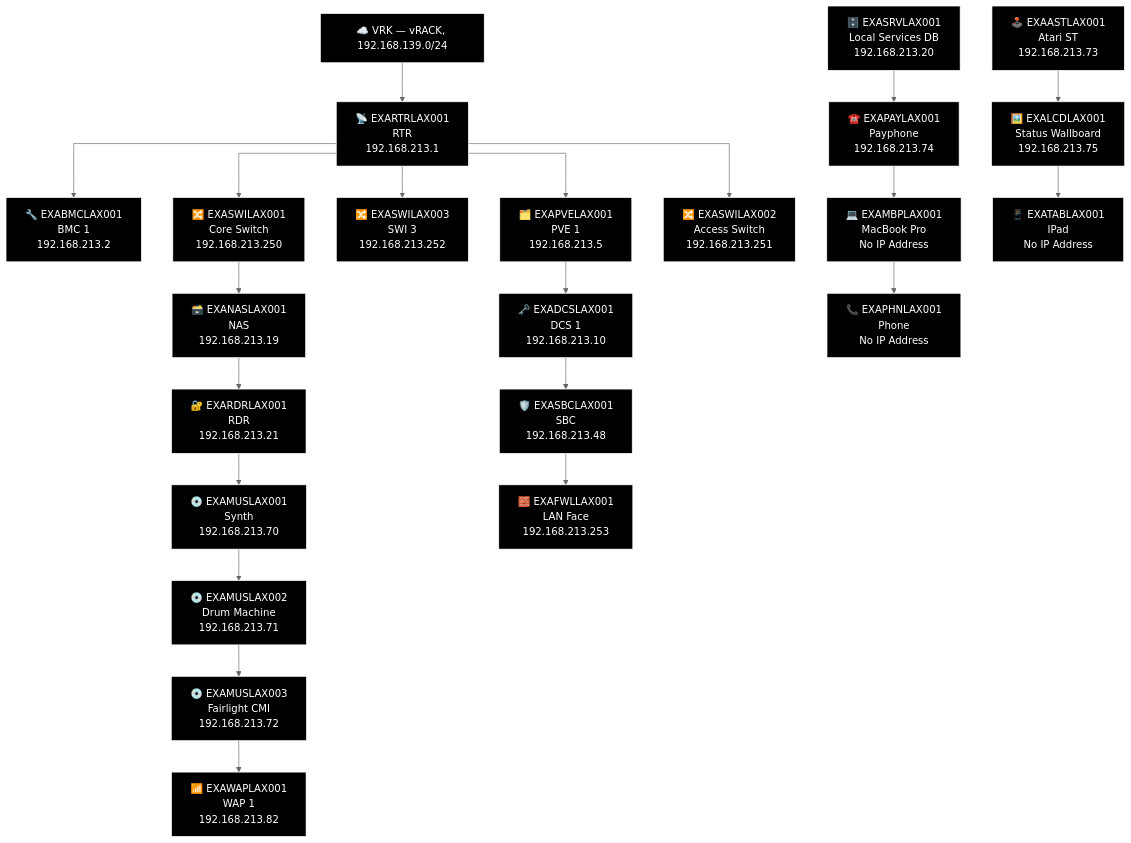
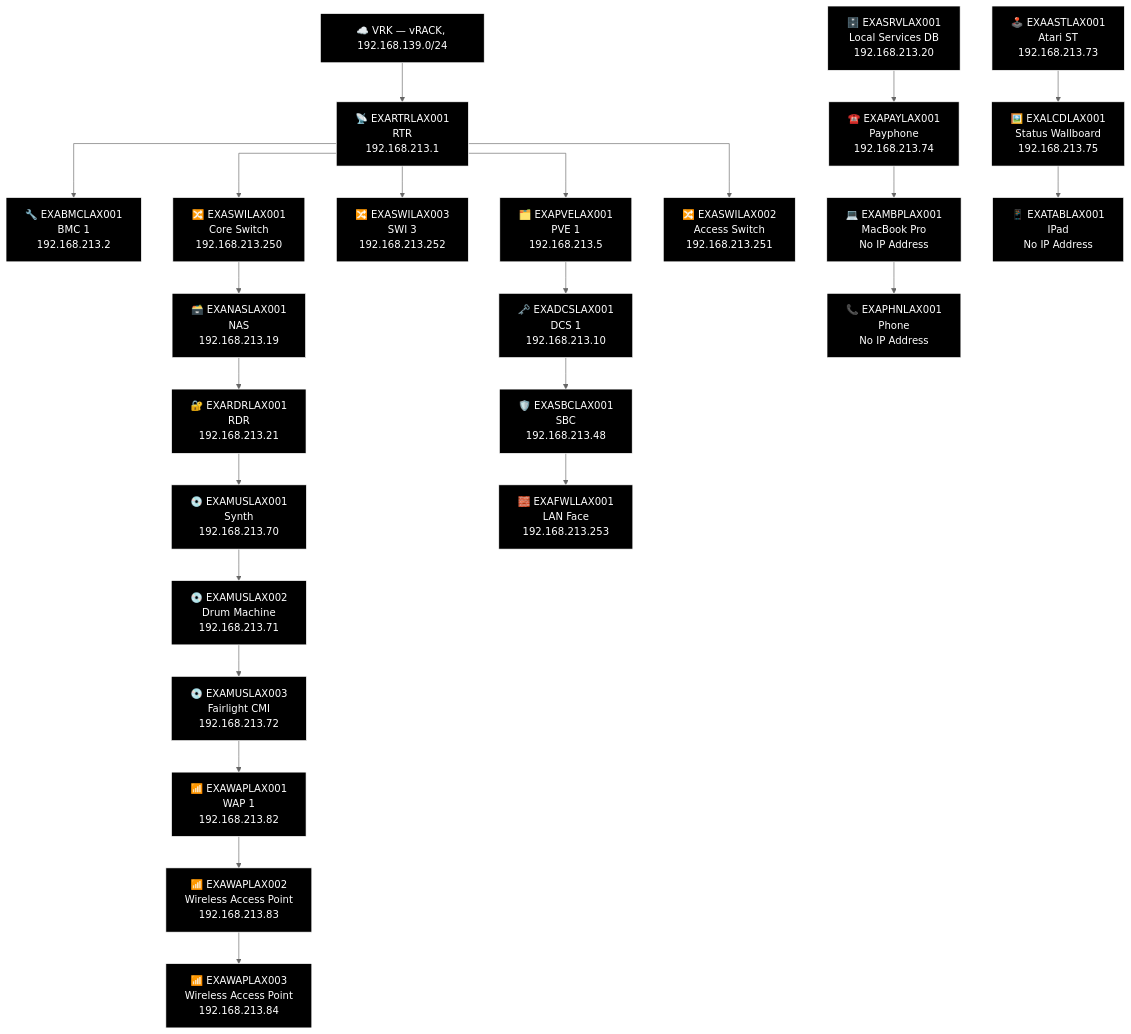
The third of 19 diagrams in docs/network-diagram/united-states.md (knightmare2600/example_music_infra), drawn with Mermaid (neutral theme) before and after one commit. The commit also changed 25 other files, not shown here.

````diff
--- a/docs/network-diagram/united-states.md
+++ b/docs/network-diagram/united-states.md
@@ -146,62 +146,66 @@
 ```mermaid
 %% GENERATED:TOPOLOGY:LAX:START
 %%{init: {'flowchart': {'curve': 'stepAfter'}}}%%
 graph TD
     T_VRK["☁️ VRK — vRACK, 192.168.139.0/24"]
     T_RTR["📡 EXARTRLAX001<br/>RTR<br/>192.168.213.1"]
     T_VRK --> T_RTR
     T_BMC["🔧 EXABMCLAX001<br/>BMC 1<br/>192.168.213.2"]
     T_RTR --> T_BMC
     T_PVE["🗂️ EXAPVELAX001<br/>PVE 1<br/>192.168.213.5"]
     T_RTR --> T_PVE
     T_SWI["🔀 EXASWILAX003<br/>SWI 3<br/>192.168.213.252"]
     T_RTR --> T_SWI
     T_SWI2["🔀 EXASWILAX001<br/>Core Switch<br/>192.168.213.250"]
     T_RTR --> T_SWI2
     T_SWI3["🔀 EXASWILAX002<br/>Access Switch<br/>192.168.213.251"]
     T_RTR --> T_SWI3
     T_NAS["🗃️ EXANASLAX001<br/>NAS<br/>192.168.213.19"]
     T_RDR["🔐 EXARDRLAX001<br/>RDR<br/>192.168.213.21"]
     T_MUS["💿 EXAMUSLAX001<br/>Synth<br/>192.168.213.70"]
     T_MUS2["💿 EXAMUSLAX002<br/>Drum Machine<br/>192.168.213.71"]
     T_MUS3["💿 EXAMUSLAX003<br/>Fairlight CMI<br/>192.168.213.72"]
     T_WAP["📶 EXAWAPLAX001<br/>WAP 1<br/>192.168.213.82"]
-    T_SWI2 --> T_NAS --> T_RDR --> T_MUS --> T_MUS2 --> T_MUS3 --> T_WAP
+    T_WAP2["📶 EXAWAPLAX002<br/>Wireless Access Point<br/>192.168.213.83"]
+    T_WAP3["📶 EXAWAPLAX003<br/>Wireless Access Point<br/>192.168.213.84"]
+    T_SWI2 --> T_NAS --> T_RDR --> T_MUS --> T_MUS2 --> T_MUS3 --> T_WAP --> T_WAP2 --> T_WAP3
     T_DCS["🗝️ EXADCSLAX001<br/>DCS 1<br/>192.168.213.10"]
     T_SBC["🛡️ EXASBCLAX001<br/>SBC<br/>192.168.213.48"]
     T_FWL["🧱 EXAFWLLAX001<br/>LAN Face<br/>192.168.213.253"]
     T_PVE --> T_DCS --> T_SBC --> T_FWL
     T_SRV["🗄️ EXASRVLAX001<br/>Local Services DB<br/>192.168.213.20"]
     T_AST["🕹️ EXAASTLAX001<br/>Atari ST<br/>192.168.213.73"]
     T_PAY["☎️ EXAPAYLAX001<br/>Payphone<br/>192.168.213.74"]
     T_LCD["🖼️ EXALCDLAX001<br/>Status Wallboard<br/>192.168.213.75"]
     T_MBP["💻 EXAMBPLAX001<br/>MacBook Pro<br/>No IP Address"]
     T_TAB["📱 EXATABLAX001<br/>IPad<br/>No IP Address"]
     T_PHN["📞 EXAPHNLAX001<br/>Phone<br/>No IP Address"]
     T_SRV --> T_PAY --> T_MBP --> T_PHN
     T_AST --> T_LCD --> T_TAB
     style T_VRK fill:#000000,stroke:#FFFFFF,color:#FFFFFF
     style T_RTR fill:#000000,stroke:#FFFFFF,color:#FFFFFF
     style T_BMC fill:#000000,stroke:#FFFFFF,color:#FFFFFF
     style T_PVE fill:#000000,stroke:#FFFFFF,color:#FFFFFF
     style T_SWI fill:#000000,stroke:#FFFFFF,color:#FFFFFF
     style T_SWI2 fill:#000000,stroke:#FFFFFF,color:#FFFFFF
     style T_SWI3 fill:#000000,stroke:#FFFFFF,color:#FFFFFF
     style T_NAS fill:#000000,stroke:#FFFFFF,color:#FFFFFF
     style T_RDR fill:#000000,stroke:#FFFFFF,color:#FFFFFF
     style T_MUS fill:#000000,stroke:#FFFFFF,color:#FFFFFF
     style T_MUS2 fill:#000000,stroke:#FFFFFF,color:#FFFFFF
     style T_MUS3 fill:#000000,stroke:#FFFFFF,color:#FFFFFF
     style T_WAP fill:#000000,stroke:#FFFFFF,color:#FFFFFF
+    style T_WAP2 fill:#000000,stroke:#FFFFFF,color:#FFFFFF
+    style T_WAP3 fill:#000000,stroke:#FFFFFF,color:#FFFFFF
     style T_DCS fill:#000000,stroke:#FFFFFF,color:#FFFFFF
     style T_SBC fill:#000000,stroke:#FFFFFF,color:#FFFFFF
     style T_FWL fill:#000000,stroke:#FFFFFF,color:#FFFFFF
     style T_SRV fill:#000000,stroke:#FFFFFF,color:#FFFFFF
     style T_AST fill:#000000,stroke:#FFFFFF,color:#FFFFFF
     style T_PAY fill:#000000,stroke:#FFFFFF,color:#FFFFFF
     style T_LCD fill:#000000,stroke:#FFFFFF,color:#FFFFFF
     style T_MBP fill:#000000,stroke:#FFFFFF,color:#FFFFFF
     style T_TAB fill:#000000,stroke:#FFFFFF,color:#FFFFFF
     style T_PHN fill:#000000,stroke:#FFFFFF,color:#FFFFFF
 %% GENERATED:TOPOLOGY:LAX:END
 ```
````
